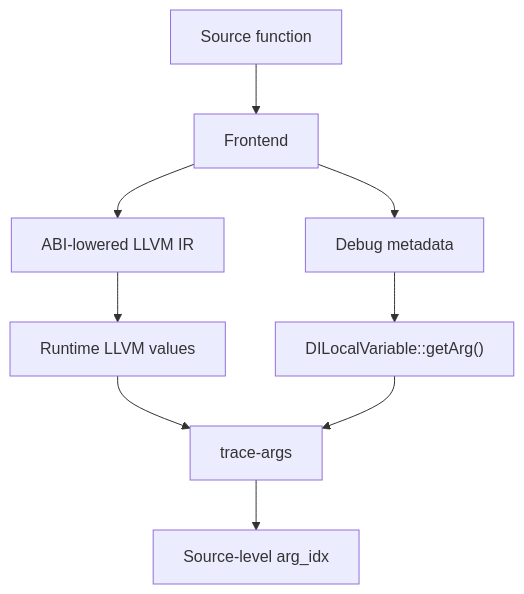
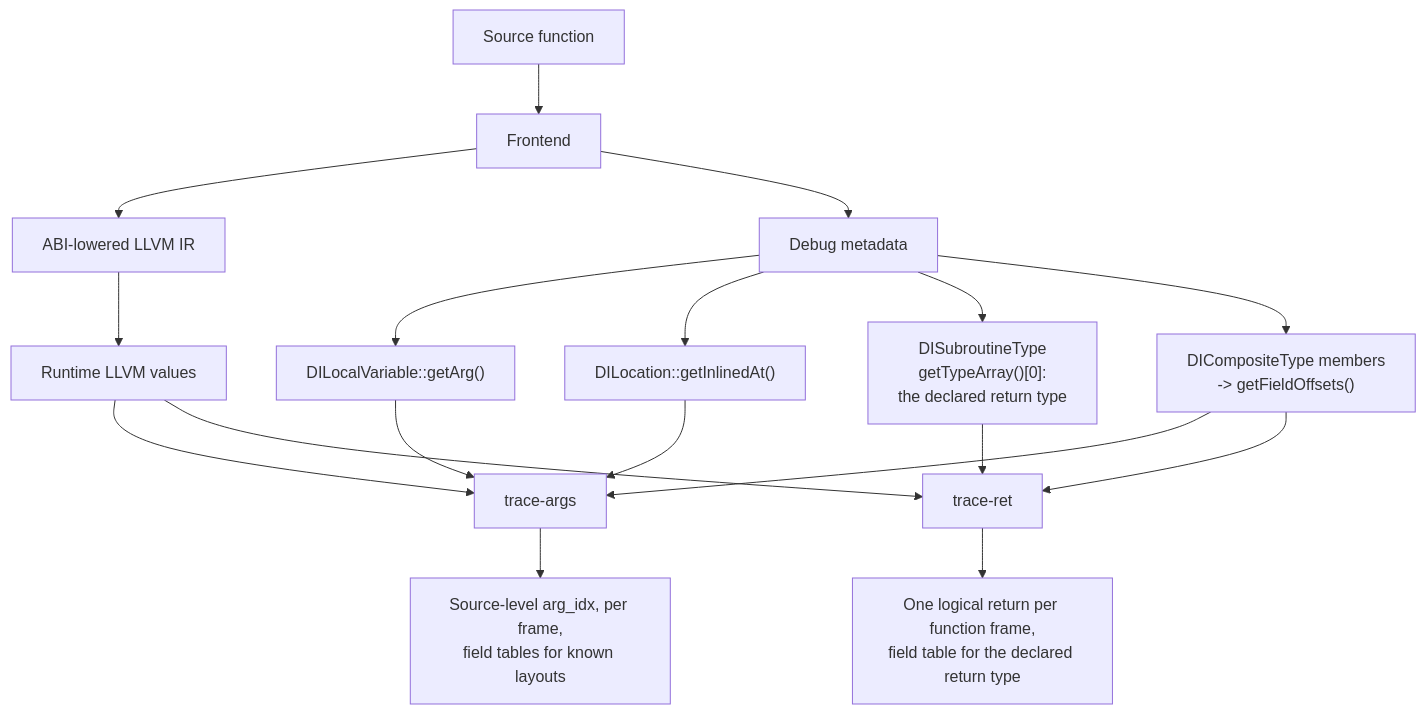
One commit to trace-args-ret/trace-args-ret.github.io changed diagram 17 of 18 in README.md. Above: the diagram before and after it, drawn with Mermaid. The commit also changed other lines of this file and 14 other files, not shown here.

````diff
--- a/README.md
+++ b/README.md
@@ -440,11 +775,23 @@
 ```mermaid
 flowchart TD
     A["Source function"] --> B["Frontend"]
     B --> C["ABI-lowered LLVM IR"]
     B --> D["Debug metadata"]
     C --> E["Runtime LLVM values"]
+
     D --> F["DILocalVariable::getArg()"]
+    D --> I["DILocation::getInlinedAt()"]
+    D --> J["DISubroutineType<br/>getTypeArray()[0]:<br/>the declared return type"]
+    D --> M["DICompositeType members<br/>-> getFieldOffsets()"]
+
     E --> G["trace-args"]
     F --> G
-    G --> H["Source-level arg_idx"]
+    I --> G
+    M --> G
+    G --> H["Source-level arg_idx, per frame,<br/>field tables for known layouts"]
+
+    E --> K["trace-ret"]
+    J --> K
+    M --> K
+    K --> L["One logical return per function frame,<br/>field table for the declared return type"]
 ```
````
